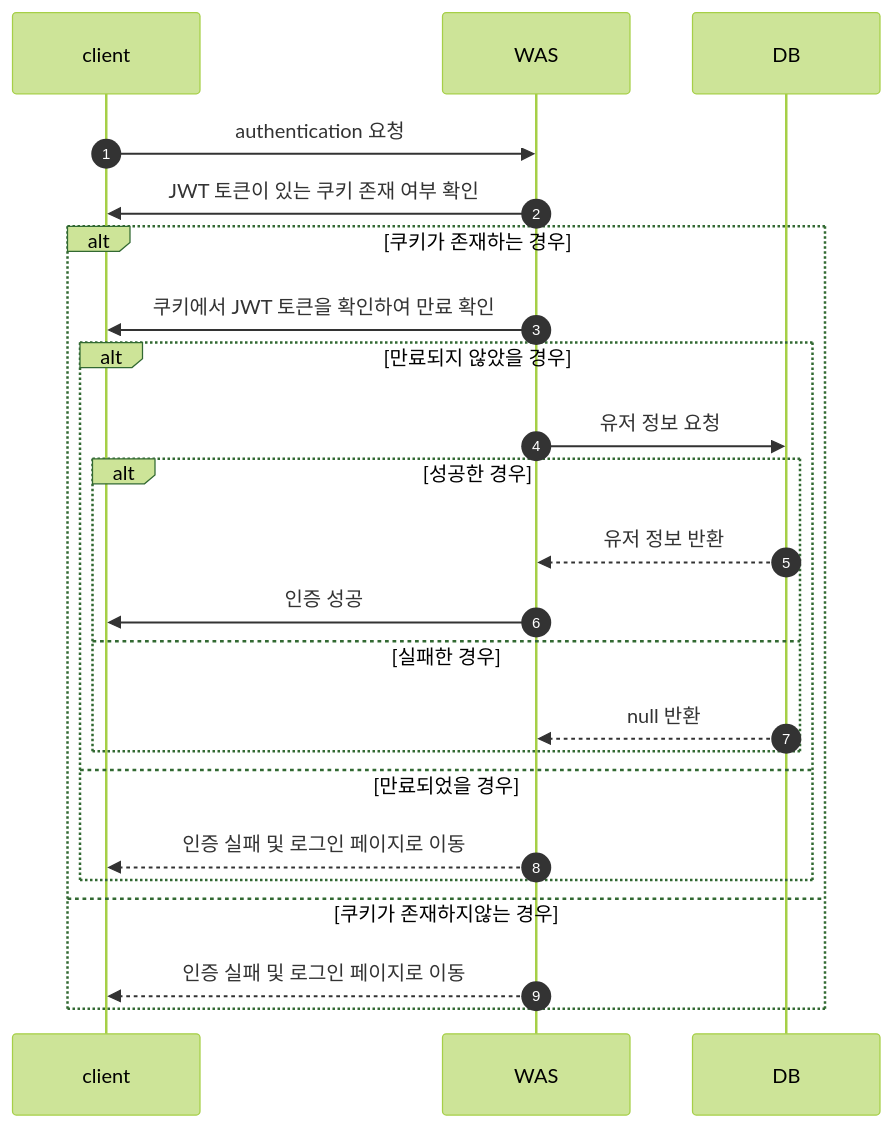
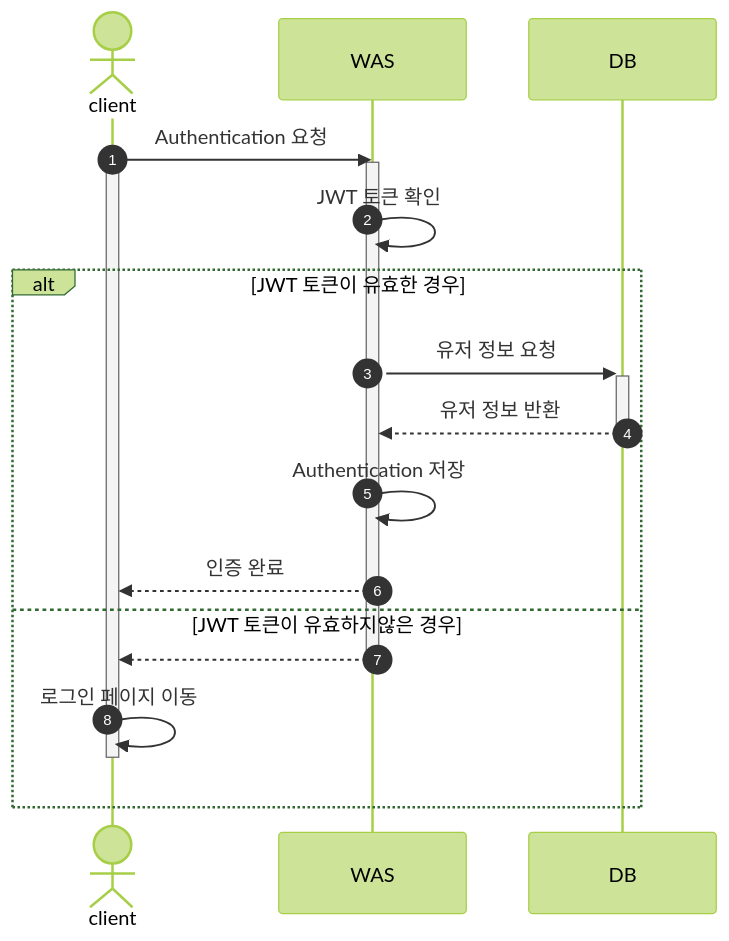
The third of 9 diagrams in README.md (JadeKim042386/My3D), drawn with Mermaid (forest theme) before and after one commit. The commit also changed other lines of this file, not shown here.

````diff
--- a/README.md
+++ b/README.md
@@ -72,22 +62,20 @@
 ```mermaid
 sequenceDiagram
     autonumber
-    client ->> WAS: authentication 요청
-    WAS ->> client: JWT 토큰이 있는 쿠키 존재 여부 확인
-    alt 쿠키가 존재하는 경우
-        WAS ->> client: 쿠키에서 JWT 토큰을 확인하여 만료 확인
-        alt 만료되지 않았을 경우
-            WAS ->> DB: 유저 정보 요청
-            alt 성공한 경우
-                DB -->> WAS: 유저 정보 반환
-                WAS ->> client: 인증 성공
-            else 실패한 경우
-                DB -->> WAS: null 반환
-            end
-        else 만료되었을 경우
-            WAS -->> client: 인증 실패 및 로그인 페이지로 이동
-        end
-    else 쿠키가 존재하지않는 경우
-        WAS -->> client: 인증 실패 및 로그인 페이지로 이동
+    actor client
+    client ->> WAS: Authentication 요청
+    activate client
+    activate WAS
+    WAS ->> WAS: JWT 토큰 확인
+    alt JWT 토큰이 유효한 경우
+        WAS ->>+ DB: 유저 정보 요청
+        DB -->>- WAS: 유저 정보 반환
+        WAS ->> WAS: Authentication 저장
+        WAS -->> client: 인증 완료
+    else JWT 토큰이 유효하지않은 경우
+        WAS -->> client: 
+        deactivate WAS
+        client ->> client: 로그인 페이지 이동
+        deactivate client
     end
 ```
````
